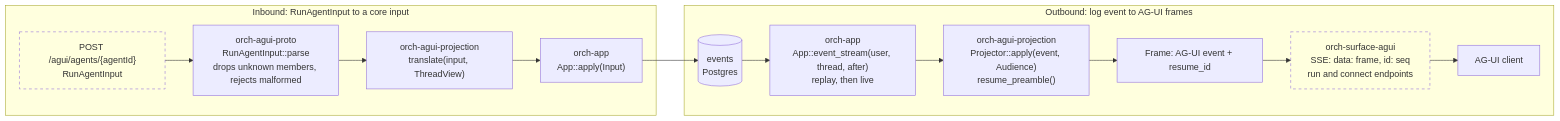
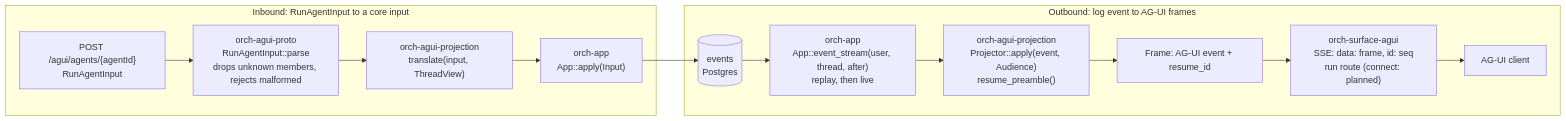
One commit to vymalo/another-agentic-system changed the sixth of 8 diagrams in docs/architecture.md. Above: the diagram before and after it, drawn with Mermaid. The commit also changed other lines of this file and 52 other files, not shown here.

````diff
--- a/docs/architecture.md
+++ b/docs/architecture.md
@@ -298,21 +299,21 @@
 ```mermaid
 flowchart LR
   subgraph INB["Inbound: RunAgentInput to a core input"]
-    post["POST /agui/agents/{agentId}<br/>RunAgentInput"]:::planned
+    post["POST /agui/agents/{agentId}<br/>RunAgentInput"]
     parse["orch-agui-proto<br/>RunAgentInput::parse<br/>drops unknown members, rejects malformed"]
     tr["orch-agui-projection<br/>translate(input, ThreadView)"]
     apply["orch-app<br/>App::apply(Input)"]
     post --> parse --> tr --> apply
   end
   subgraph OUTB["Outbound: log event to AG-UI frames"]
     log[("events<br/>Postgres")]
     es["orch-app<br/>App::event_stream(user, thread, after)<br/>replay, then live"]
     pj["orch-agui-projection<br/>Projector::apply(event, Audience)<br/>resume_preamble()"]
     fr["Frame: AG-UI event + resume_id"]
-    sse["orch-surface-agui<br/>SSE: data: frame, id: seq<br/>run and connect endpoints"]:::planned
+    sse["orch-surface-agui<br/>SSE: data: frame, id: seq<br/>run route (connect: planned)"]
     cli["AG-UI client"]
     log --> es --> pj --> fr --> sse --> cli
   end
   apply --> log
   classDef planned stroke-dasharray: 5 5,fill:none
 ```
````
